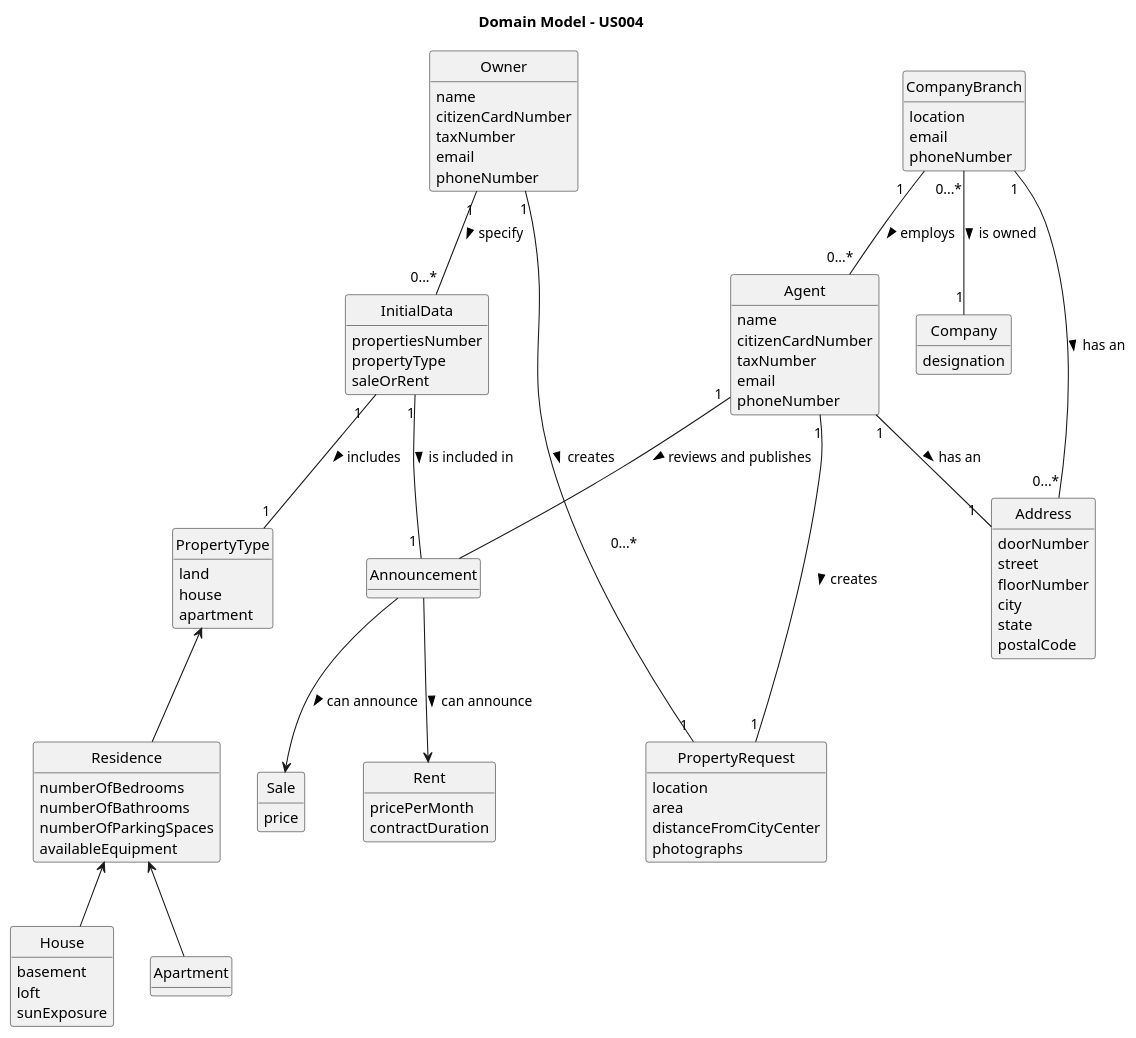
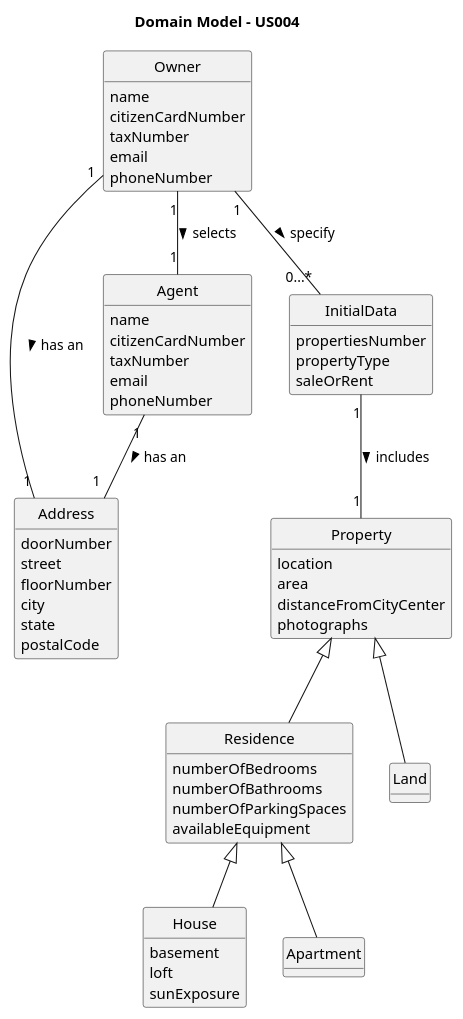
The diagram in docs/sprintA/us004/02.analysis/puml/us004-domain-model.puml (1220812/LAPR2), drawn with PlantUML before and after one commit. The commit also changed 1 other file, not shown here.

```diff
--- a/docs/sprintA/us004/02.analysis/puml/us004-domain-model.puml
+++ b/docs/sprintA/us004/02.analysis/puml/us004-domain-model.puml
@@ -1,119 +1,86 @@
 @startuml
 skinparam monochrome true
 skinparam packageStyle rectangle
 skinparam shadowing false
 
 'left to right direction
 
 skinparam classAttributeIconSize 0
 
 hide circle
 hide methods
 
 title Domain Model - US004
 
 class Owner{
 name
 citizenCardNumber
 taxNumber
 email
 phoneNumber
 }
 
 class Address{
 doorNumber
 street
 floorNumber
 city
 state
 postalCode
 }
 
-class CompanyBranch{
-location
-email
-phoneNumber
-}
-
-class Company{
-designation
-}
-
 class Agent{
 name
 citizenCardNumber
 taxNumber
 email
 phoneNumber
 }
 
 class InitialData{
 propertiesNumber
 propertyType
 saleOrRent
 }
 
-class PropertyType{
-land
-house
-apartment
-}
-
-class Rent{
-pricePerMonth
-contractDuration
-}
-
-class Sale{
-price
-}
-
-class PropertyRequest{
+class Property{
 location
 area
 distanceFromCityCenter
 photographs
 }
 
 class Residence{
 numberOfBedrooms
 numberOfBathrooms
 numberOfParkingSpaces
 availableEquipment
 }
 
 class House{
 basement
 loft
 sunExposure
 }
 
 class Apartment{
 }
-
-class Announcement{
+class Land{
 }
 
-CompanyBranch "0...*" -- "1" Company : is owned >
-CompanyBranch "1    " -- "0...*" Agent : employs >
-CompanyBranch "1 " -- "0...*" Address : has an >
 
-Agent "1" -- "                                  0...*" Announcement : reviews and publishes >
 Agent "1" -- "1  " Address : has an >
-Agent "1" --- "1" PropertyRequest : creates >
 
 Owner "1" -- "0...*" InitialData : specify >
-Owner "1" -- "1" PropertyRequest : creates >
+Owner "1" -- "1" Agent : selects >
+Owner "1" -- "1" Address : has an >
 
-InitialData "1  " -- "1" PropertyType : includes >
-InitialData "1" -- "      1" Announcement : is included in >
+InitialData "1" -- "1" Property : includes >
 
-PropertyType <-- Residence
+Property <|--  Residence
+Property <|-- Land
 
-Residence <-- House
-Residence <-- Apartment
-
-Announcement --> Sale : can announce >
-Announcement --> Rent : can announce >
+Residence <|-- House
+Residence <|-- Apartment
 
 @enduml
```
